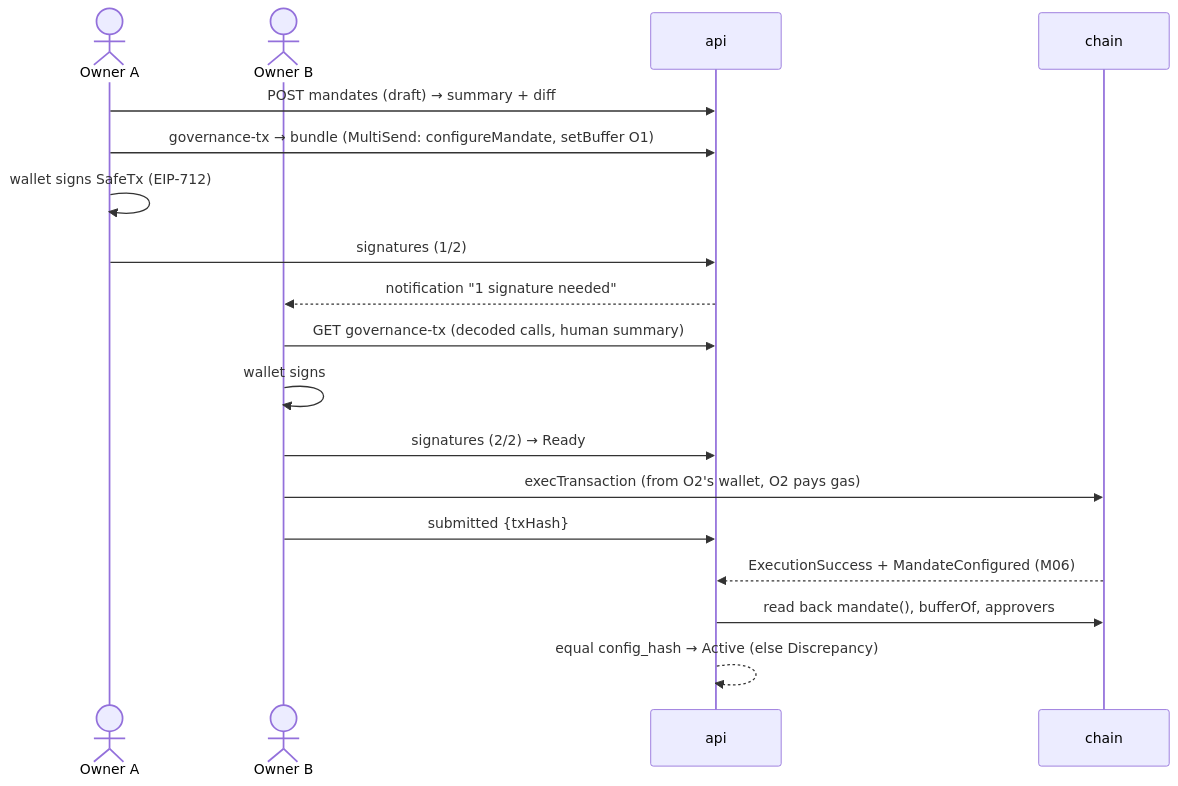
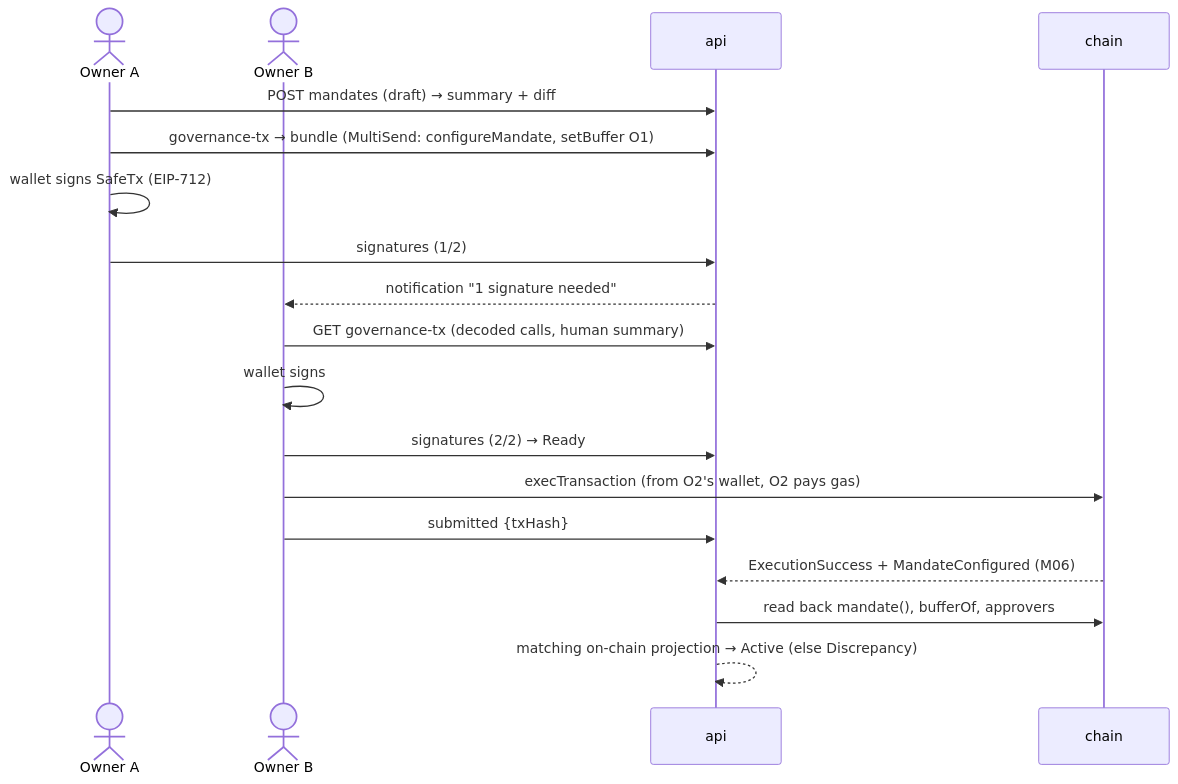
The fourth of 4 diagrams in docs/modules/mandate/README.md (Nostidus4/TreasuryPilot), drawn with Mermaid before and after one commit. The commit also changed other lines of this file and 7 other files, not shown here.

````diff
--- a/docs/modules/mandate/README.md
+++ b/docs/modules/mandate/README.md
@@ -181,20 +181,20 @@
 ```mermaid
 sequenceDiagram
   actor O1 as Owner A
   actor O2 as Owner B
   participant API as api
   participant C as chain
   O1->>API: POST mandates (draft) → summary + diff
   O1->>API: governance-tx → bundle (MultiSend: configureMandate, setBuffer O1)
   O1->>O1: wallet signs SafeTx (EIP-712)
   O1->>API: signatures (1/2)
   API-->>O2: notification "1 signature needed"
   O2->>API: GET governance-tx (decoded calls, human summary)
   O2->>O2: wallet signs
   O2->>API: signatures (2/2) → Ready
   O2->>C: execTransaction (from O2's wallet, O2 pays gas)
   O2->>API: submitted {txHash}
   C-->>API: ExecutionSuccess + MandateConfigured (M06)
   API->>C: read back mandate(), bufferOf, approvers
-  API-->>API: equal config_hash → Active (else Discrepancy)
+  API-->>API: matching on-chain projection → Active (else Discrepancy)
 ```
````
